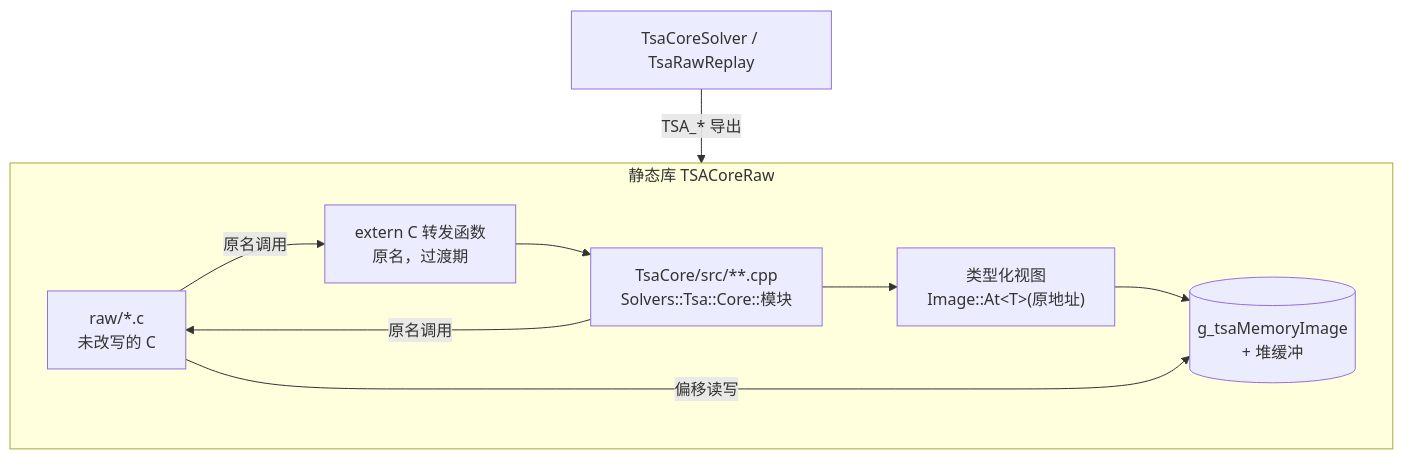
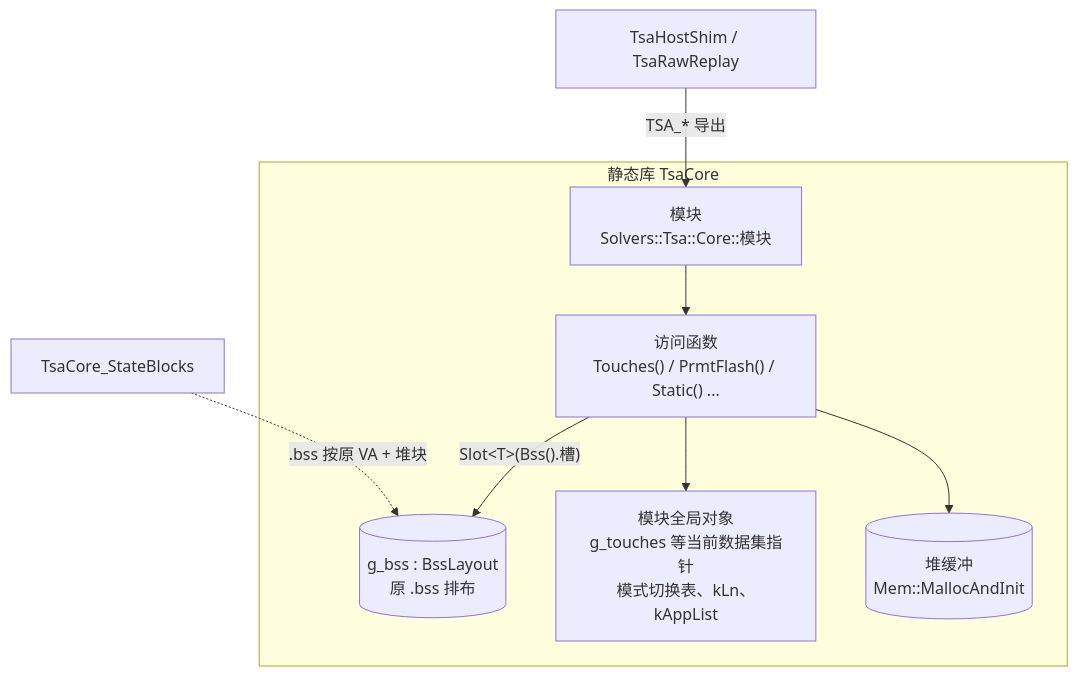
One commit to awarson2233/EGoTouchRev changed the second of 3 diagrams in docs/finger_algorithms/tsacore-cpp-rewrite.md. Above: the diagram before and after it, drawn with Mermaid. The commit also changed other lines of this file and 54 other files, not shown here.

First line of the commit message:
refactor(tsacore): replace the memory image with C++ state objects

````diff
--- a/docs/finger_algorithms/tsacore-cpp-rewrite.md
+++ b/docs/finger_algorithms/tsacore-cpp-rewrite.md
@@ -30,15 +28,16 @@
 ```mermaid
 flowchart TB
-    subgraph LIB["静态库 TSACoreRaw"]
-        RAW["raw/*.c<br/>未改写的 C"]
-        FWD["extern C 转发函数<br/>原名，过渡期"]
-        CPP["TsaCore/src/**.cpp<br/>Solvers::Tsa::Core::模块"]
-        VIEW["类型化视图<br/>Image::At&lt;T&gt;(原地址)"]
-        IMG[("g_tsaMemoryImage<br/>+ 堆缓冲")]
+    HOST["TsaHostShim / TsaRawReplay"] -- "TSA_* 导出" --> MOD
+    subgraph LIB["静态库 TsaCore"]
+        MOD["模块<br/>Solvers::Tsa::Core::模块"]
+        ACC["访问函数<br/>Touches() / PrmtFlash() / Static() ..."]
+        BSS[("g_bss : BssLayout<br/>原 .bss 排布")]
+        DATA["模块全局对象<br/>g_touches 等当前数据集指针<br/>模式切换表、kLn、kAppList"]
+        HEAP[("堆缓冲<br/>Mem::MallocAndInit")]
+        MOD --> ACC
+        ACC -- "Slot&lt;T&gt;(Bss().槽)" --> BSS
+        ACC --> DATA
+        ACC --> HEAP
     end
-    RAW -- 原名调用 --> FWD --> CPP
-    CPP -- 原名调用 --> RAW
-    CPP --> VIEW --> IMG
-    RAW -- 偏移读写 --> IMG
-    HOST["TsaCoreSolver / TsaRawReplay"] -- TSA_* 导出 --> LIB
+    REPLAY["TsaCore_StateBlocks"] -. ".bss 按原 VA + 堆块" .-> BSS
 ```
````
